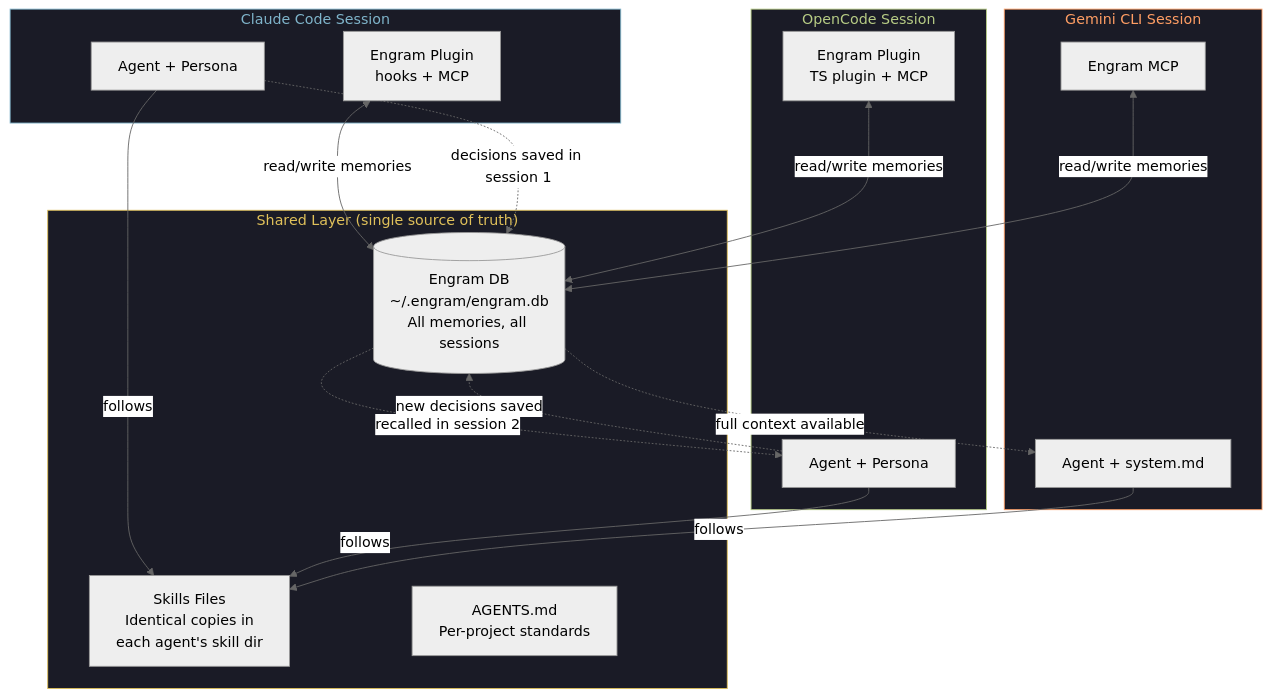
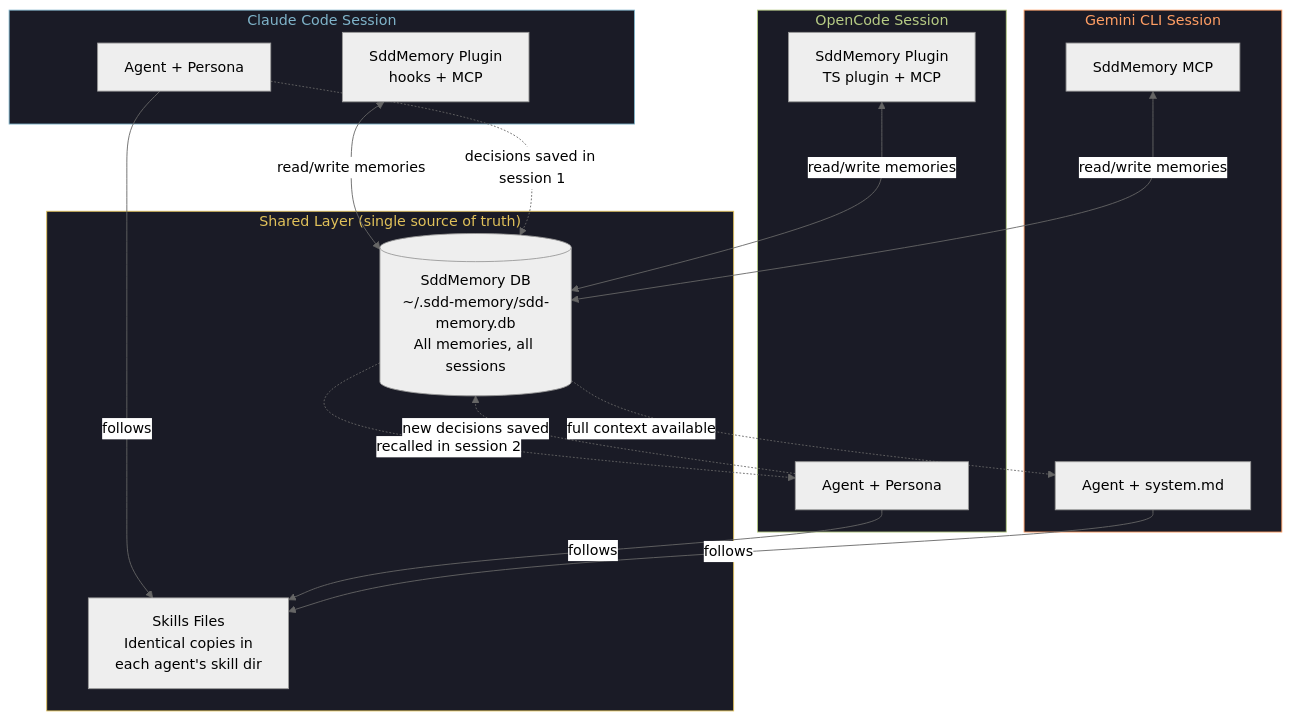
The sixth of 7 diagrams in PRD.md (KevG1t/SpecAI), drawn with Mermaid (neutral theme) before and after one commit. The commit also changed other lines of this file and 475 other files, not shown here.

````diff
--- a/PRD.md
+++ b/PRD.md
@@ -939,41 +860,40 @@
 ```mermaid
 graph TB
     subgraph SHARED["Shared Layer (single source of truth)"]
-        ENGRAM_DB[(Engram DB<br/>~/.engram/engram.db<br/>All memories, all sessions)]
+        SDD-MEMORY_DB[(SddMemory DB<br/>~/.sdd-memory/sdd-memory.db<br/>All memories, all sessions)]
         SKILLS_SOURCE[Skills Files<br/>Identical copies in<br/>each agent's skill dir]
-        GGA_RULES[AGENTS.md<br/>Per-project standards]
     end
 
     subgraph AGENT_CC["Claude Code Session"]
         CC_AGENT[Agent + Persona]
-        CC_ENGRAM_PLUGIN[Engram Plugin<br/>hooks + MCP]
+        CC_SDD-MEMORY_PLUGIN[SddMemory Plugin<br/>hooks + MCP]
     end
 
     subgraph AGENT_OC["OpenCode Session"]
         OC_AGENT[Agent + Persona]
-        OC_ENGRAM_PLUGIN[Engram Plugin<br/>TS plugin + MCP]
+        OC_SDD-MEMORY_PLUGIN[SddMemory Plugin<br/>TS plugin + MCP]
     end
 
     subgraph AGENT_GEM["Gemini CLI Session"]
         GEM_AGENT[Agent + system.md]
-        GEM_ENGRAM_MCP[Engram MCP]
+        GEM_SDD-MEMORY_MCP[SddMemory MCP]
     end
 
-    CC_ENGRAM_PLUGIN <-->|"read/write memories"| ENGRAM_DB
-    OC_ENGRAM_PLUGIN <-->|"read/write memories"| ENGRAM_DB
-    GEM_ENGRAM_MCP <-->|"read/write memories"| ENGRAM_DB
+    CC_SDD-MEMORY_PLUGIN <-->|"read/write memories"| SDD-MEMORY_DB
+    OC_SDD-MEMORY_PLUGIN <-->|"read/write memories"| SDD-MEMORY_DB
+    GEM_SDD-MEMORY_MCP <-->|"read/write memories"| SDD-MEMORY_DB
 
     CC_AGENT -->|"follows"| SKILLS_SOURCE
     OC_AGENT -->|"follows"| SKILLS_SOURCE
     GEM_AGENT -->|"follows"| SKILLS_SOURCE
 
-    CC_AGENT -.->|"decisions saved in session 1"| ENGRAM_DB
-    ENGRAM_DB -.->|"recalled in session 2"| OC_AGENT
-    OC_AGENT -.->|"new decisions saved"| ENGRAM_DB
-    ENGRAM_DB -.->|"full context available"| GEM_AGENT
+    CC_AGENT -.->|"decisions saved in session 1"| SDD-MEMORY_DB
+    SDD-MEMORY_DB -.->|"recalled in session 2"| OC_AGENT
+    OC_AGENT -.->|"new decisions saved"| SDD-MEMORY_DB
+    SDD-MEMORY_DB -.->|"full context available"| GEM_AGENT
 
     style SHARED fill:#1a1b26,stroke:#E0C15A,color:#E0C15A
     style AGENT_CC fill:#1a1b26,stroke:#7FB4CA,color:#7FB4CA
     style AGENT_OC fill:#1a1b26,stroke:#B7CC85,color:#B7CC85
     style AGENT_GEM fill:#1a1b26,stroke:#FF9E64,color:#FF9E64
 ```
````
